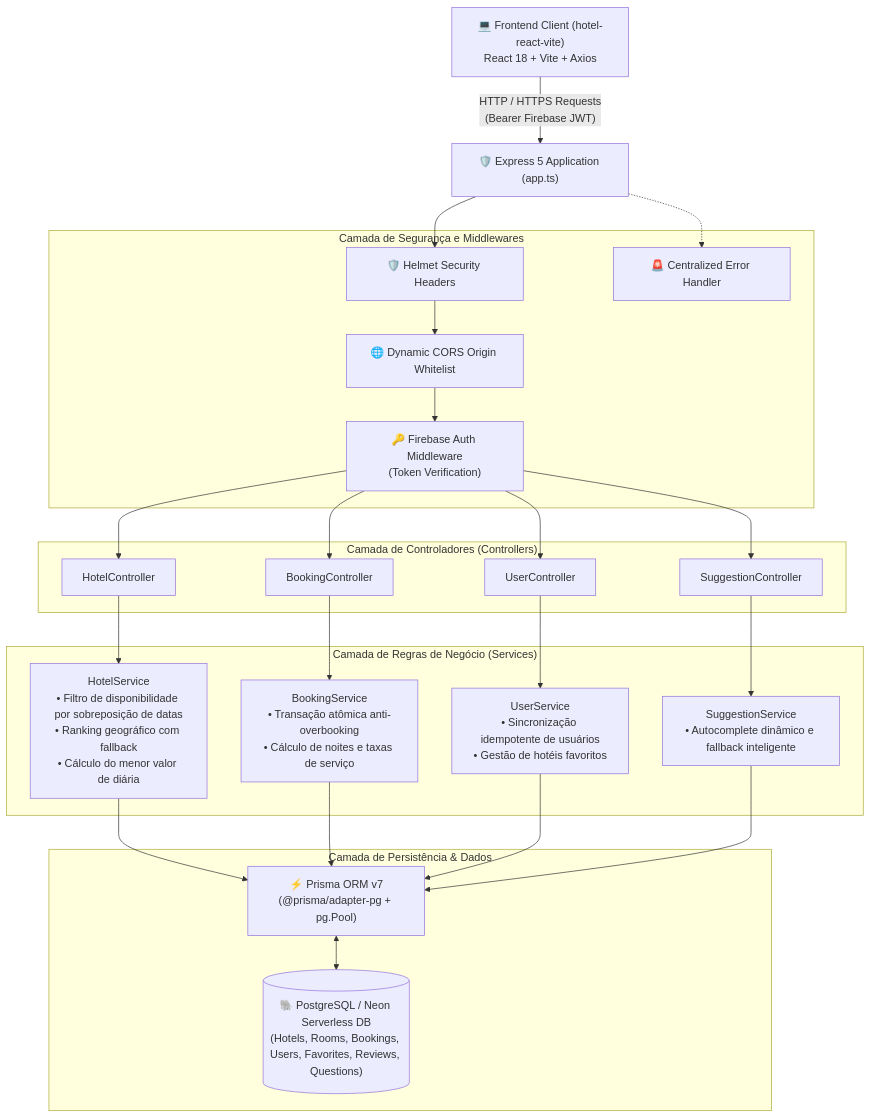
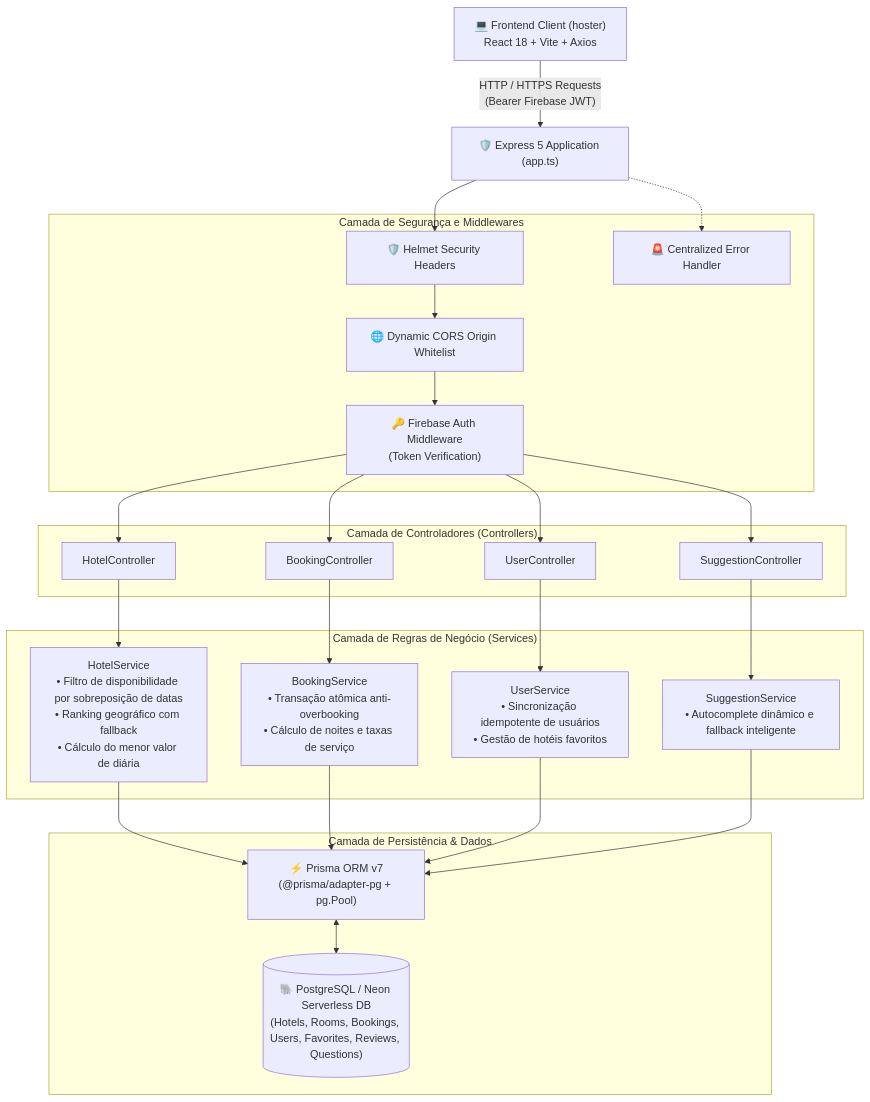
Before and after one commit to marcos-goulart/hoster-api: the first of 2 diagrams in README.md, drawn with Mermaid. The commit also changed other lines of this file, not shown here.

Commit message:
Update README links and frontend references

````diff
--- a/README.md
+++ b/README.md
@@ -44,51 +44,51 @@
 ```mermaid
 flowchart TD
-    Client["💻 Frontend Client (hotel-react-vite)\nReact 18 + Vite + Axios"] -->|"HTTP / HTTPS Requests\n(Bearer Firebase JWT)"| App["🛡️ Express 5 Application (app.ts)"]
+    Client["💻 Frontend Client (hoster)\nReact 18 + Vite + Axios"] -->|"HTTP / HTTPS Requests\n(Bearer Firebase JWT)"| App["🛡️ Express 5 Application (app.ts)"]
 
     subgraph Security_Layer ["Camada de Segurança e Middlewares"]
         Helmet["🛡️ Helmet Security Headers"]
         Cors["🌐 Dynamic CORS Origin Whitelist"]
         AuthMiddleware["🔑 Firebase Auth Middleware\n(Token Verification)"]
         ErrorHandler["🚨 Centralized Error Handler"]
     end
 
     App --> Helmet --> Cors --> AuthMiddleware
 
     subgraph Controllers_Layer ["Camada de Controladores (Controllers)"]
         HotelCtrl["HotelController"]
         BookingCtrl["BookingController"]
         UserCtrl["UserController"]
         SugCtrl["SuggestionController"]
     end
 
     AuthMiddleware --> HotelCtrl
     AuthMiddleware --> BookingCtrl
     AuthMiddleware --> UserCtrl
     AuthMiddleware --> SugCtrl
 
     subgraph Services_Layer ["Camada de Regras de Negócio (Services)"]
         HotelService["HotelService\n• Filtro de disponibilidade por sobreposição de datas\n• Ranking geográfico com fallback\n• Cálculo do menor valor de diária"]
         BookingService["BookingService\n• Transação atômica anti-overbooking\n• Cálculo de noites e taxas de serviço"]
         UserService["UserService\n• Sincronização idempotente de usuários\n• Gestão de hotéis favoritos"]
         SugService["SuggestionService\n• Autocomplete dinâmico e fallback inteligente"]
     end
 
     HotelCtrl --> HotelService
     BookingCtrl --> BookingService
     UserCtrl --> UserService
     SugCtrl --> SugService
 
     subgraph Persistence_Layer ["Camada de Persistência & Dados"]
         Prisma["⚡ Prisma ORM v7\n(@prisma/adapter-pg + pg.Pool)"]
         Postgres[("🐘 PostgreSQL / Neon Serverless DB\n(Hotels, Rooms, Bookings, Users, Favorites, Reviews, Questions)")]
     end
 
     HotelService --> Prisma
     BookingService --> Prisma
     UserService --> Prisma
     SugService --> Prisma
 
     Prisma <--> Postgres
 
     App -.-> ErrorHandler
 ```
````
